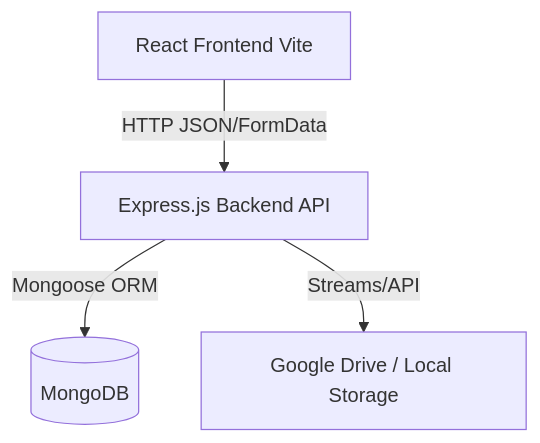
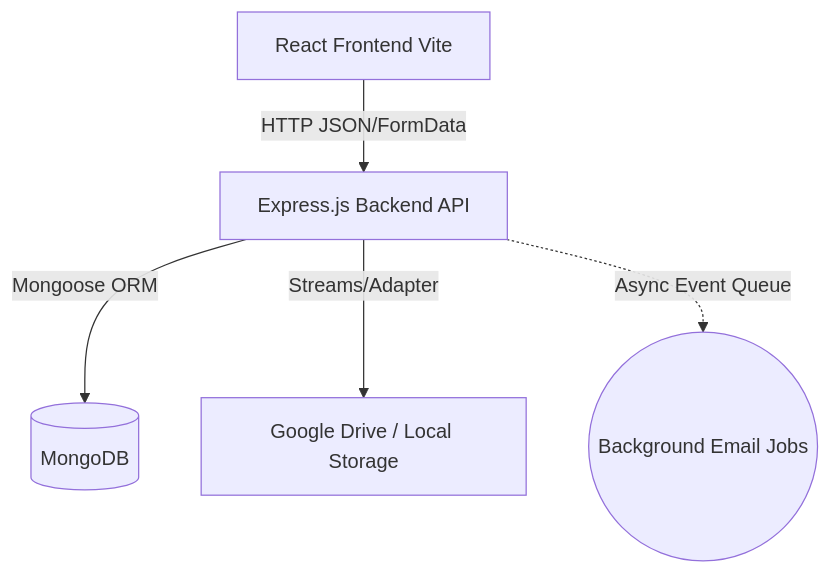
One commit to ganesh714/aus_intranet changed the diagram in docs/02-architecture-system-design/high-level-design.md. Above: the diagram before and after it, drawn with Mermaid. The commit also changed other lines of this file, not shown here.

Commit message:
docs(architecture): update diagram for async workers and document sub-roles

````diff
--- a/docs/02-architecture-system-design/high-level-design.md
+++ b/docs/02-architecture-system-design/high-level-design.md
@@ -7,11 +7,13 @@
 ```mermaid
 graph TD
     Client[React Frontend Vite]
     Express[Express.js Backend API]
     Mongo[(MongoDB)]
     Storage[Google Drive / Local Storage]
+    Workers((Background Email Jobs))
     
     Client -- HTTP JSON/FormData --> Express
     Express -- Mongoose ORM --> Mongo
-    Express -- Streams/API --> Storage
+    Express -- Streams/Adapter --> Storage
+    Express -. Async Event Queue .-> Workers
 ```
````
